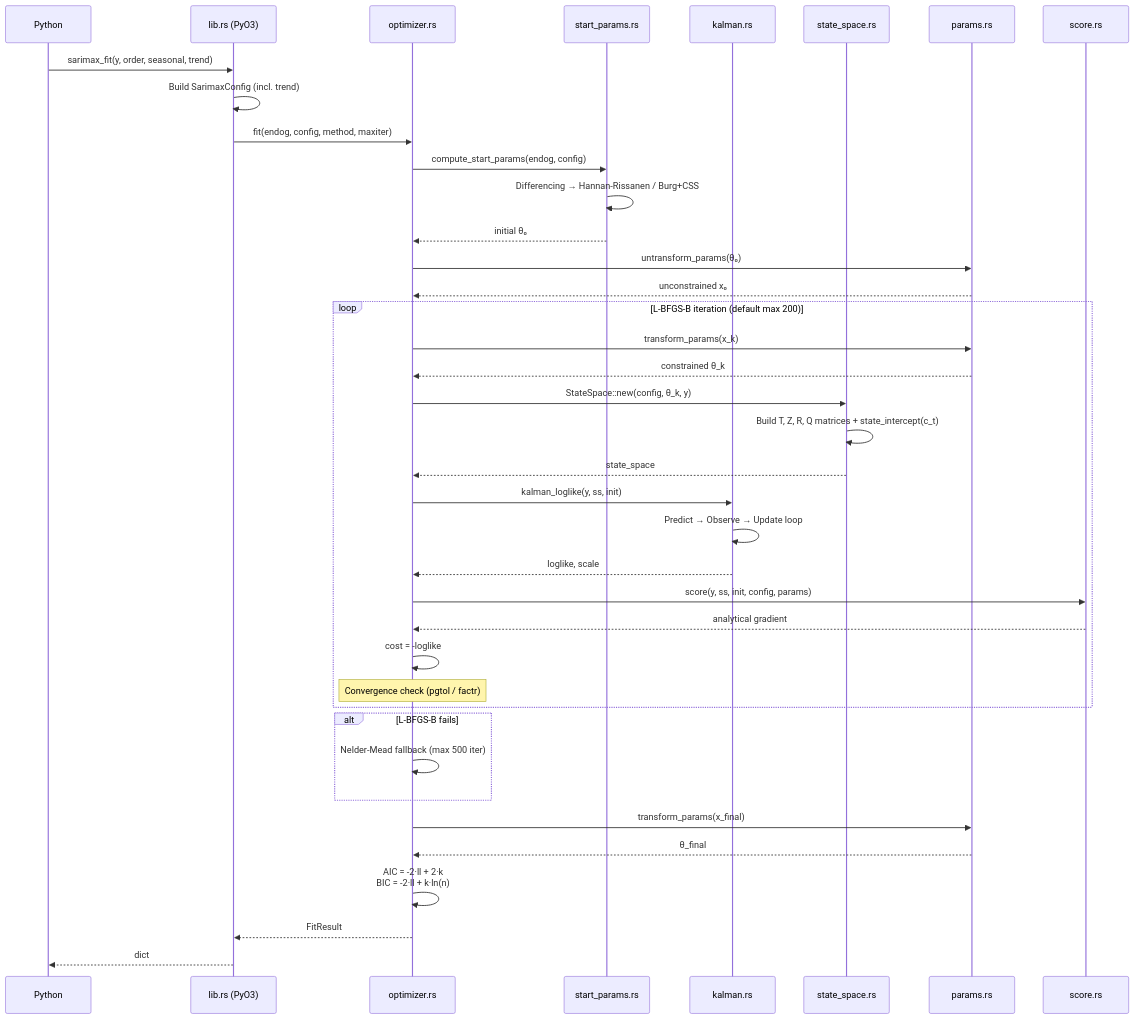
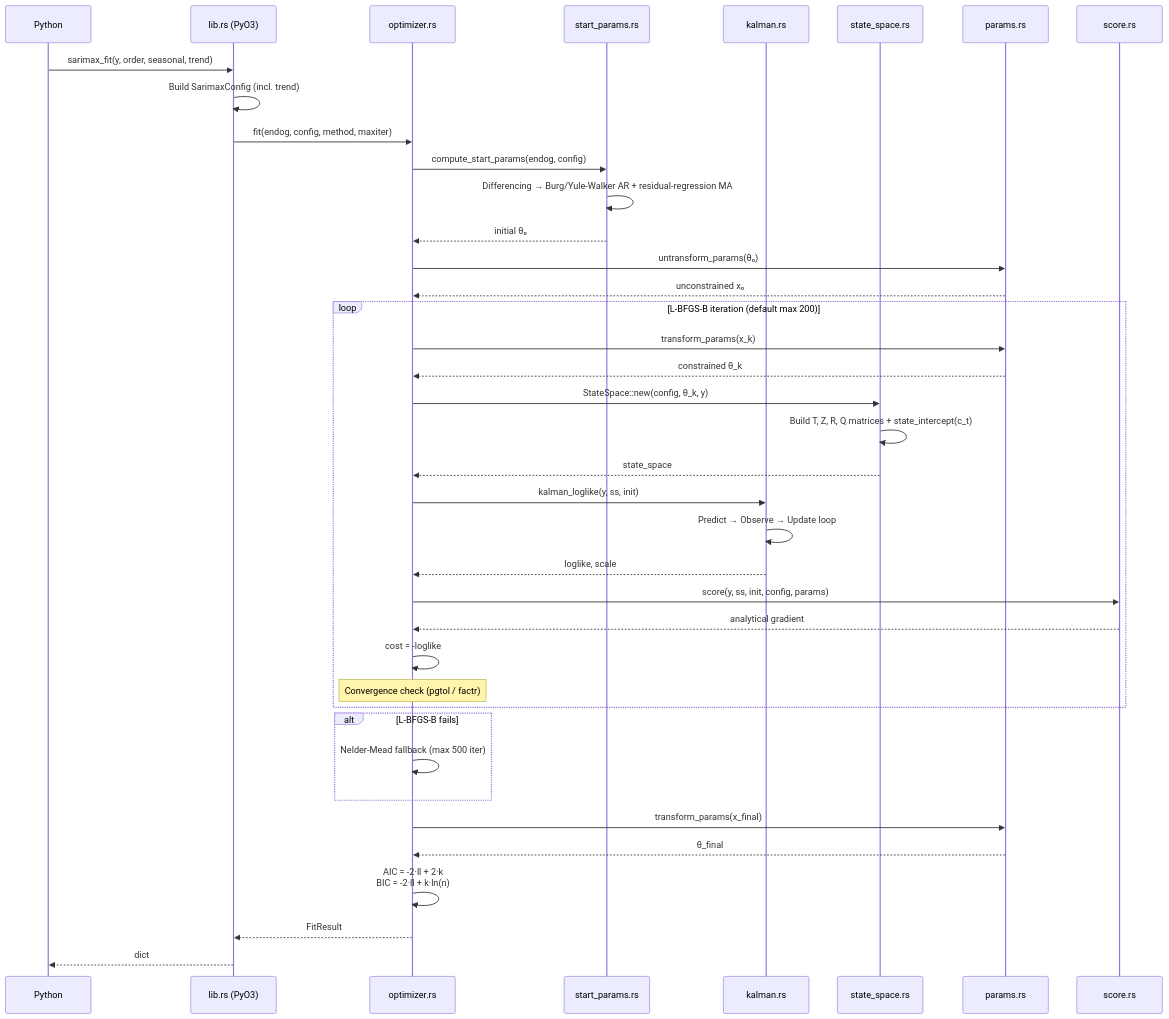
The second of 4 diagrams in README.md (zongseung/Rust-python-arima), drawn with Mermaid before and after one commit. The commit also changed other lines of this file and 4 other files, not shown here.

````diff
--- a/README.md
+++ b/README.md
@@ -518,47 +518,47 @@
 ```mermaid
 sequenceDiagram
     participant P as Python
     participant L as lib.rs (PyO3)
     participant O as optimizer.rs
     participant S as start_params.rs
     participant K as kalman.rs
     participant SS as state_space.rs
     participant PR as params.rs
     participant SC as score.rs
 
     P->>L: sarimax_fit(y, order, seasonal, trend)
     L->>L: Build SarimaxConfig (incl. trend)
     L->>O: fit(endog, config, method, maxiter)
 
     O->>S: compute_start_params(endog, config)
-    S->>S: Differencing → Hannan-Rissanen / Burg+CSS
+    S->>S: Differencing → Burg/Yule-Walker AR + residual-regression MA
     S-->>O: initial θ₀
 
     O->>PR: untransform_params(θ₀)
     PR-->>O: unconstrained x₀
 
     loop L-BFGS-B iteration (default max 200)
         O->>PR: transform_params(x_k)
         PR-->>O: constrained θ_k
         O->>SS: StateSpace::new(config, θ_k, y)
         SS->>SS: Build T, Z, R, Q matrices + state_intercept(c_t)
         SS-->>O: state_space
         O->>K: kalman_loglike(y, ss, init)
         K->>K: Predict → Observe → Update loop
         K-->>O: loglike, scale
         O->>SC: score(y, ss, init, config, params)
         SC-->>O: analytical gradient
         O->>O: cost = -loglike
         Note over O: Convergence check (pgtol / factr)
     end
 
     alt L-BFGS-B fails
         O->>O: Nelder-Mead fallback (max 500 iter)
     end
 
     O->>PR: transform_params(x_final)
     PR-->>O: θ_final
     O->>O: AIC = -2·ll + 2·k<br/>BIC = -2·ll + k·ln(n)
     O-->>L: FitResult
     L-->>P: dict
 ```
````
